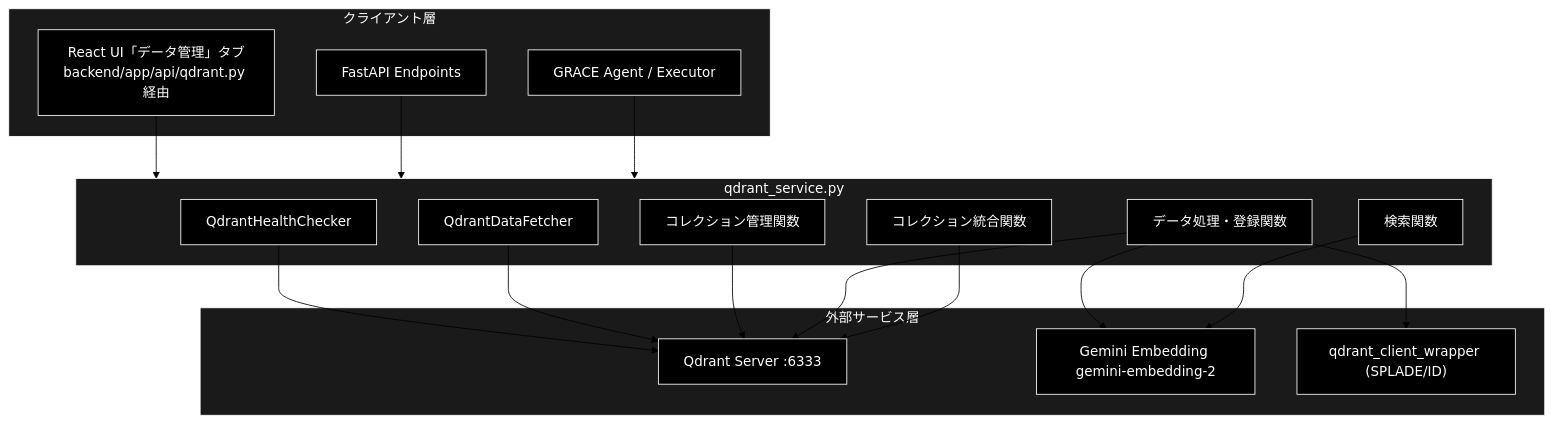
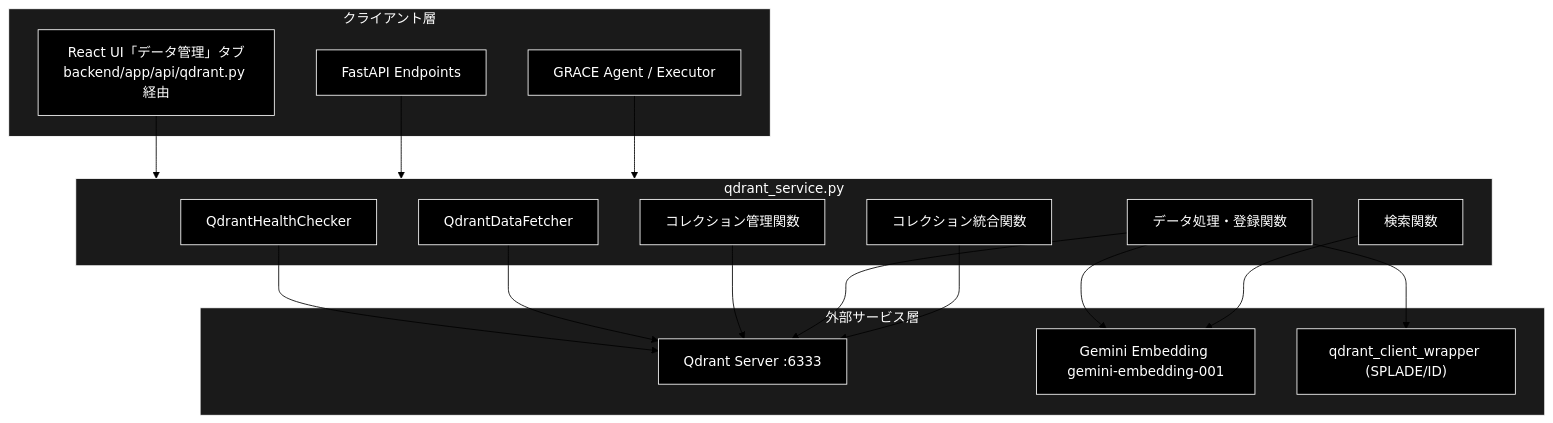
Before and after one commit to nakashima2toshio/grace_v2: the first of 3 diagrams in services/docs/qdrant_service.md, drawn with Mermaid (forest theme). The commit also changed other lines of this file and 56 other files, not shown here.

First line of the commit message:
revert: Embedding を gemini-embedding-001 に戻す（Qdrant の再登録を不要にする）

````diff
--- a/services/docs/qdrant_service.md
+++ b/services/docs/qdrant_service.md
@@ -85,41 +85,41 @@
 ```mermaid
 flowchart TB
     subgraph CLIENT["クライアント層"]
         ST["React UI「データ管理」タブ<br>backend/app/api/qdrant.py 経由"]
         API["FastAPI Endpoints"]
         AGENT["GRACE Agent / Executor"]
     end
 
     subgraph MODULE["qdrant_service.py"]
         HEALTH["QdrantHealthChecker"]
         FETCH["QdrantDataFetcher"]
         MGMT["コレクション管理関数"]
         REG["データ処理・登録関数"]
         SEARCH["検索関数"]
         MERGE["コレクション統合関数"]
     end
 
     subgraph EXTERNAL["外部サービス層"]
         QDRANT["Qdrant Server :6333"]
-        GEMINI["Gemini Embedding gemini-embedding-2"]
+        GEMINI["Gemini Embedding gemini-embedding-001"]
         WRAPPER["qdrant_client_wrapper (SPLADE/ID)"]
     end
 
     ST --> MODULE
     API --> MODULE
     AGENT --> MODULE
     HEALTH --> QDRANT
     FETCH --> QDRANT
     MGMT --> QDRANT
     REG --> QDRANT
     REG --> GEMINI
     REG --> WRAPPER
     SEARCH --> GEMINI
     MERGE --> QDRANT
 classDef default fill:#000,stroke:#fff,color:#fff
 classDef subgraphStyle fill:#1a1a1a,stroke:#fff,color:#fff
 class ST,API,AGENT,HEALTH,FETCH,MGMT,REG,SEARCH,MERGE,QDRANT,GEMINI,WRAPPER default
 style CLIENT fill:#1a1a1a,stroke:#fff,color:#fff
 style MODULE fill:#1a1a1a,stroke:#fff,color:#fff
 style EXTERNAL fill:#1a1a1a,stroke:#fff,color:#fff
 ```
````
